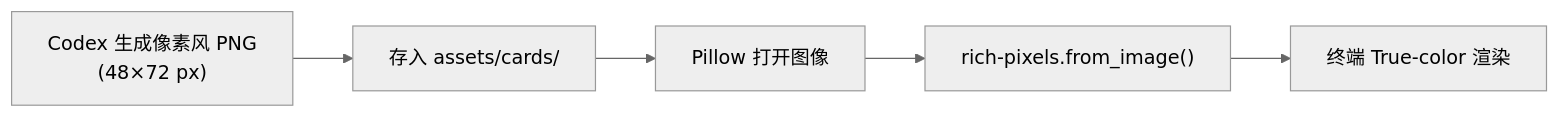
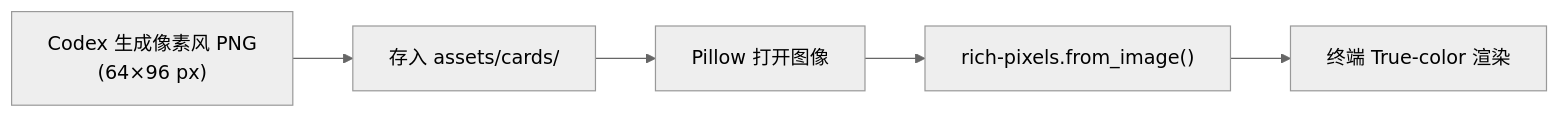
One commit to ce1an69/Nekomata changed the second of 7 diagrams in docs/architecture.md. Above: the diagram before and after it, drawn with Mermaid (neutral theme). The commit also changed other lines of this file, not shown here.

````diff
--- a/docs/architecture.md
+++ b/docs/architecture.md
@@ -79,7 +84,7 @@
 ```mermaid
 flowchart LR
-    A["Codex 生成像素风 PNG<br/>(48×72 px)"] --> B["存入 assets/cards/"]
+    A["Codex 生成像素风 PNG<br/>(64×96 px)"] --> B["存入 assets/cards/"]
     B --> C["Pillow 打开图像"]
     C --> D["rich-pixels.from_image()"]
     D --> E["终端 True-color 渲染"]
 ```
````
